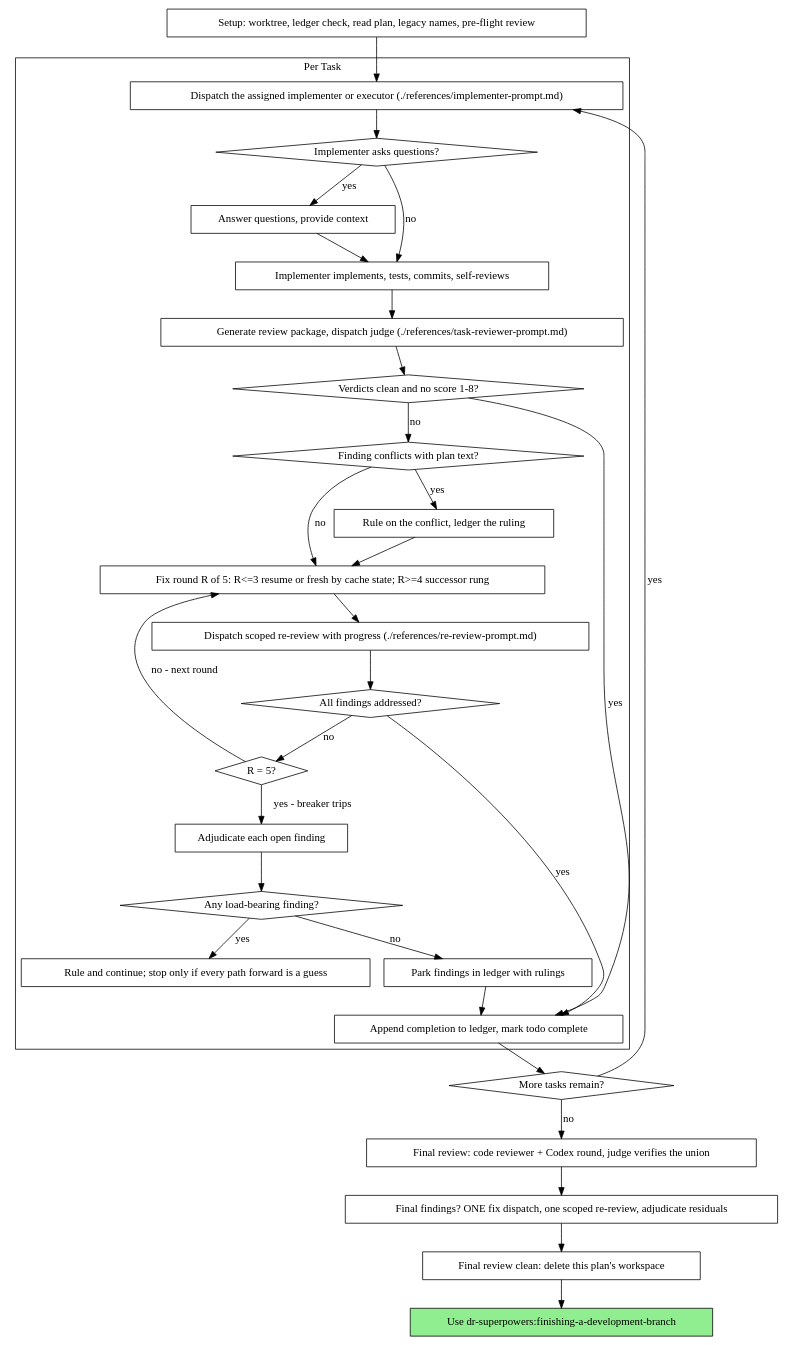
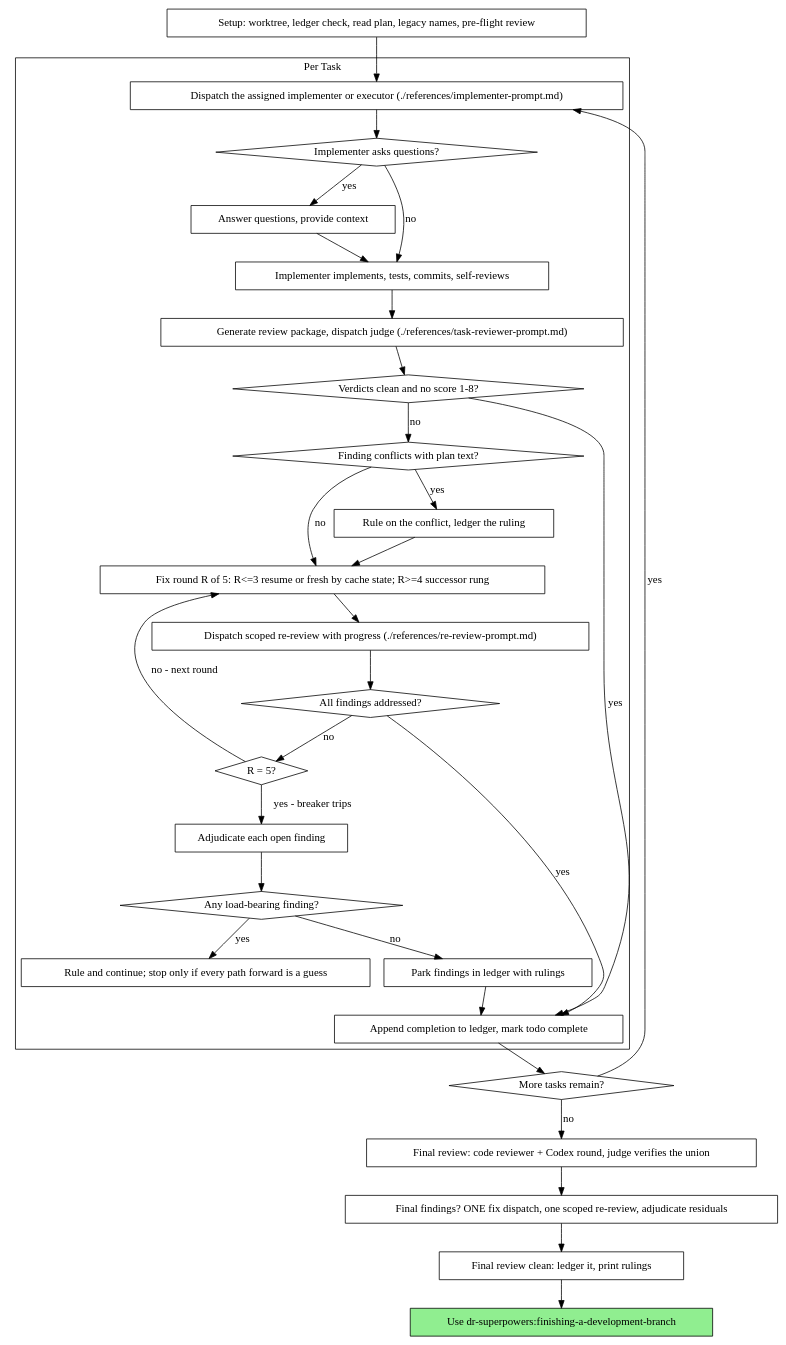
The second of 2 diagrams in plugins/dr-superpowers/skills/subagent-driven-development/SKILL.md (darkraise/darkraise-ai-plugins), drawn with Graphviz before and after one commit. The commit also changed other lines of this file and 1 other file, not shown here.

Commit message:
feat(superpowers): add budget checkpoints to execution

````diff
--- a/plugins/dr-superpowers/skills/subagent-driven-development/SKILL.md
+++ b/plugins/dr-superpowers/skills/subagent-driven-development/SKILL.md
@@ -101,62 +117,62 @@
 ```dot
 digraph process {
     rankdir=TB;
 
     subgraph cluster_per_task {
         label="Per Task";
         "Dispatch the assigned implementer or executor (./references/implementer-prompt.md)" [shape=box];
         "Implementer asks questions?" [shape=diamond];
         "Answer questions, provide context" [shape=box];
         "Implementer implements, tests, commits, self-reviews" [shape=box];
         "Generate review package, dispatch judge (./references/task-reviewer-prompt.md)" [shape=box];
         "Verdicts clean and no score 1-8?" [shape=diamond];
         "Finding conflicts with plan text?" [shape=diamond];
         "Rule on the conflict, ledger the ruling" [shape=box];
         "Fix round R of 5: R<=3 resume or fresh by cache state; R>=4 successor rung" [shape=box];
         "Dispatch scoped re-review with progress (./references/re-review-prompt.md)" [shape=box];
         "All findings addressed?" [shape=diamond];
         "R = 5?" [shape=diamond];
         "Adjudicate each open finding" [shape=box];
         "Any load-bearing finding?" [shape=diamond];
         "Rule and continue; stop only if every path forward is a guess" [shape=box];
         "Park findings in ledger with rulings" [shape=box];
         "Append completion to ledger, mark todo complete" [shape=box];
     }
 
     "Setup: worktree, ledger check, read plan, legacy names, pre-flight review" [shape=box];
     "More tasks remain?" [shape=diamond];
     "Final review: code reviewer + Codex round, judge verifies the union" [shape=box];
     "Final findings? ONE fix dispatch, one scoped re-review, adjudicate residuals" [shape=box];
-    "Final review clean: delete this plan's workspace" [shape=box];
+    "Final review clean: ledger it, print rulings" [shape=box];
     "Use dr-superpowers:finishing-a-development-branch" [shape=box style=filled fillcolor=lightgreen];
 
     "Setup: worktree, ledger check, read plan, legacy names, pre-flight review" -> "Dispatch the assigned implementer or executor (./references/implementer-prompt.md)";
     "Dispatch the assigned implementer or executor (./references/implementer-prompt.md)" -> "Implementer asks questions?";
     "Implementer asks questions?" -> "Answer questions, provide context" [label="yes"];
     "Answer questions, provide context" -> "Implementer implements, tests, commits, self-reviews";
     "Implementer asks questions?" -> "Implementer implements, tests, commits, self-reviews" [label="no"];
     "Implementer implements, tests, commits, self-reviews" -> "Generate review package, dispatch judge (./references/task-reviewer-prompt.md)";
     "Generate review package, dispatch judge (./references/task-reviewer-prompt.md)" -> "Verdicts clean and no score 1-8?";
     "Verdicts clean and no score 1-8?" -> "Append completion to ledger, mark todo complete" [label="yes"];
     "Verdicts clean and no score 1-8?" -> "Finding conflicts with plan text?" [label="no"];
     "Finding conflicts with plan text?" -> "Rule on the conflict, ledger the ruling" [label="yes"];
     "Rule on the conflict, ledger the ruling" -> "Fix round R of 5: R<=3 resume or fresh by cache state; R>=4 successor rung";
     "Finding conflicts with plan text?" -> "Fix round R of 5: R<=3 resume or fresh by cache state; R>=4 successor rung" [label="no"];
     "Fix round R of 5: R<=3 resume or fresh by cache state; R>=4 successor rung" -> "Dispatch scoped re-review with progress (./references/re-review-prompt.md)";
     "Dispatch scoped re-review with progress (./references/re-review-prompt.md)" -> "All findings addressed?";
     "All findings addressed?" -> "Append completion to ledger, mark todo complete" [label="yes"];
     "All findings addressed?" -> "R = 5?" [label="no"];
     "R = 5?" -> "Fix round R of 5: R<=3 resume or fresh by cache state; R>=4 successor rung" [label="no - next round"];
     "R = 5?" -> "Adjudicate each open finding" [label="yes - breaker trips"];
     "Adjudicate each open finding" -> "Any load-bearing finding?";
     "Any load-bearing finding?" -> "Rule and continue; stop only if every path forward is a guess" [label="yes"];
     "Any load-bearing finding?" -> "Park findings in ledger with rulings" [label="no"];
     "Park findings in ledger with rulings" -> "Append completion to ledger, mark todo complete";
     "Append completion to ledger, mark todo complete" -> "More tasks remain?";
     "More tasks remain?" -> "Dispatch the assigned implementer or executor (./references/implementer-prompt.md)" [label="yes"];
     "More tasks remain?" -> "Final review: code reviewer + Codex round, judge verifies the union" [label="no"];
     "Final review: code reviewer + Codex round, judge verifies the union" -> "Final findings? ONE fix dispatch, one scoped re-review, adjudicate residuals";
-    "Final findings? ONE fix dispatch, one scoped re-review, adjudicate residuals" -> "Final review clean: delete this plan's workspace";
-    "Final review clean: delete this plan's workspace" -> "Use dr-superpowers:finishing-a-development-branch";
+    "Final findings? ONE fix dispatch, one scoped re-review, adjudicate residuals" -> "Final review clean: ledger it, print rulings";
+    "Final review clean: ledger it, print rulings" -> "Use dr-superpowers:finishing-a-development-branch";
 }
 ```
````
